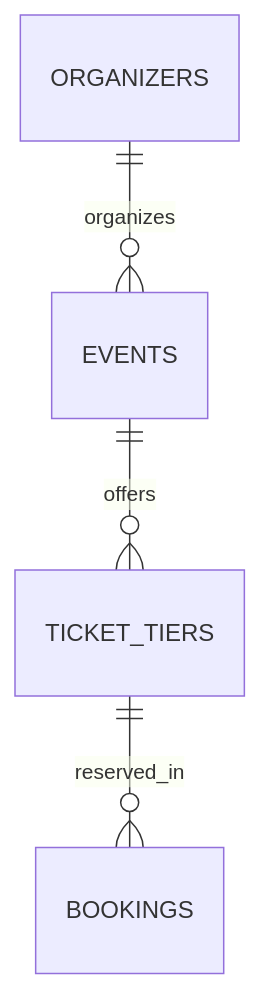
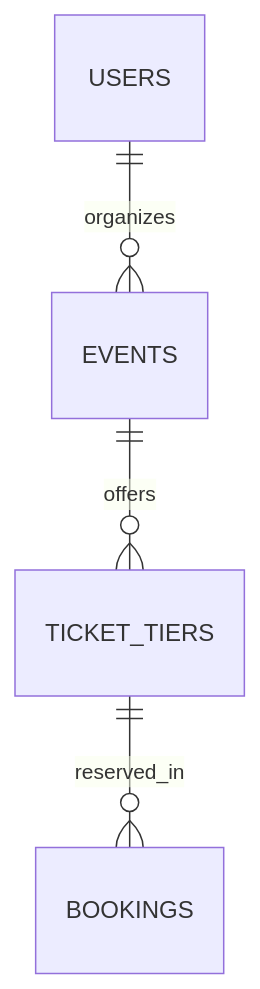
The sixth of 9 diagrams in docs/architecture.md (Fingertouchmultiventures/DSA-software-development-class), drawn with Mermaid before and after one commit. The commit also changed other lines of this file and 99 other files, not shown here.

````diff
--- a/docs/architecture.md
+++ b/docs/architecture.md
@@ -210,6 +205,6 @@
 ```mermaid
 erDiagram
-  ORGANIZERS ||--o{ EVENTS : organizes
+  USERS ||--o{ EVENTS : organizes
   EVENTS ||--o{ TICKET_TIERS : offers
   TICKET_TIERS ||--o{ BOOKINGS : reserved_in
 ```
````
